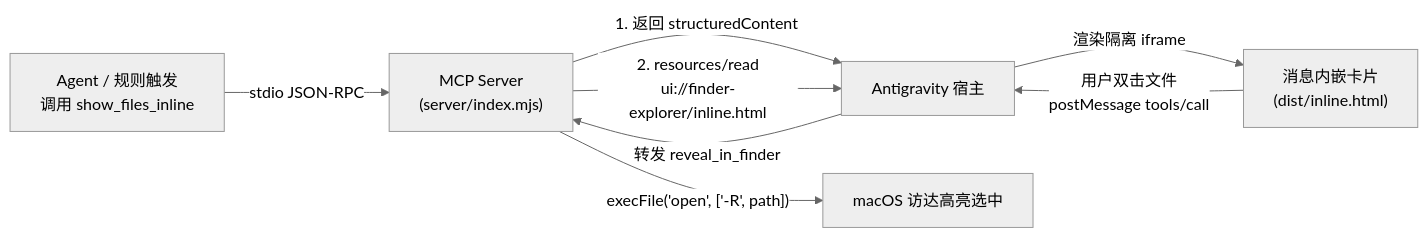
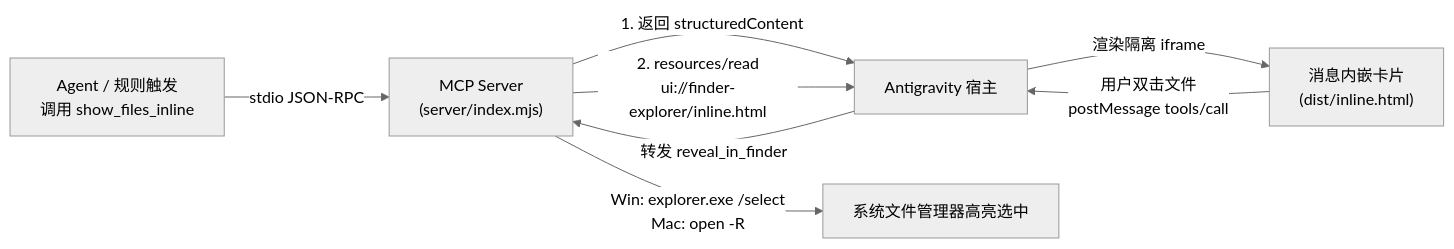
Before and after one commit to cai4415/finder-explorer: the diagram in README.md, drawn with Mermaid (neutral theme). The commit also changed other lines of this file and 8 other files, not shown here.

````diff
--- a/README.md
+++ b/README.md
@@ -27,10 +48,10 @@
 ```mermaid
 flowchart LR
   Agent["Agent / 规则触发<br/>调用 show_files_inline"] -->|"stdio JSON-RPC"| Server["MCP Server<br/>(server/index.mjs)"]
   Server -->|"1. 返回 structuredContent"| Host["Antigravity 宿主"]
   Server -->|"2. resources/read<br/>ui://finder-explorer/inline.html"| Host
   Host -->|"渲染隔离 iframe"| Card["消息内嵌卡片<br/>(dist/inline.html)"]
   Card -->|"用户双击文件<br/>postMessage tools/call"| Host
   Host -->|"转发 reveal_in_finder"| Server
-  Server -->|"execFile('open', ['-R', path])"| Finder["macOS 访达高亮选中"]
+  Server -->|"Win: explorer.exe /select<br/>Mac: open -R"| FM["系统文件管理器高亮选中"]
 ```
````
